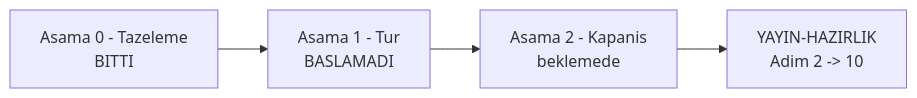
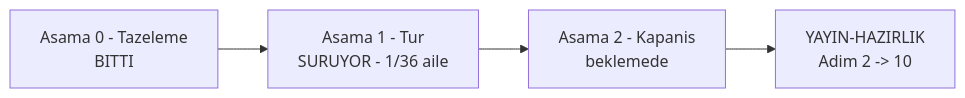
The diagram in docs/manuel-test/kosumlar/2026-09-16/DEVIR.md (farukatasoy/Tracon), drawn with Mermaid before and after one commit. The commit also changed other lines of this file and 2 other files, not shown here.

````diff
--- a/docs/manuel-test/kosumlar/2026-09-16/DEVIR.md
+++ b/docs/manuel-test/kosumlar/2026-09-16/DEVIR.md
@@ -30,6 +30,6 @@
 ```mermaid
 flowchart LR
-    A["Asama 0 - Tazeleme<br/>BITTI"] --> B["Asama 1 - Tur<br/>BASLAMADI"]
+    A["Asama 0 - Tazeleme<br/>BITTI"] --> B["Asama 1 - Tur<br/>SURUYOR - 1/36 aile"]
     B --> C["Asama 2 - Kapanis<br/>beklemede"]
     C --> D["YAYIN-HAZIRLIK<br/>Adim 2 -> 10"]
 ```
````
